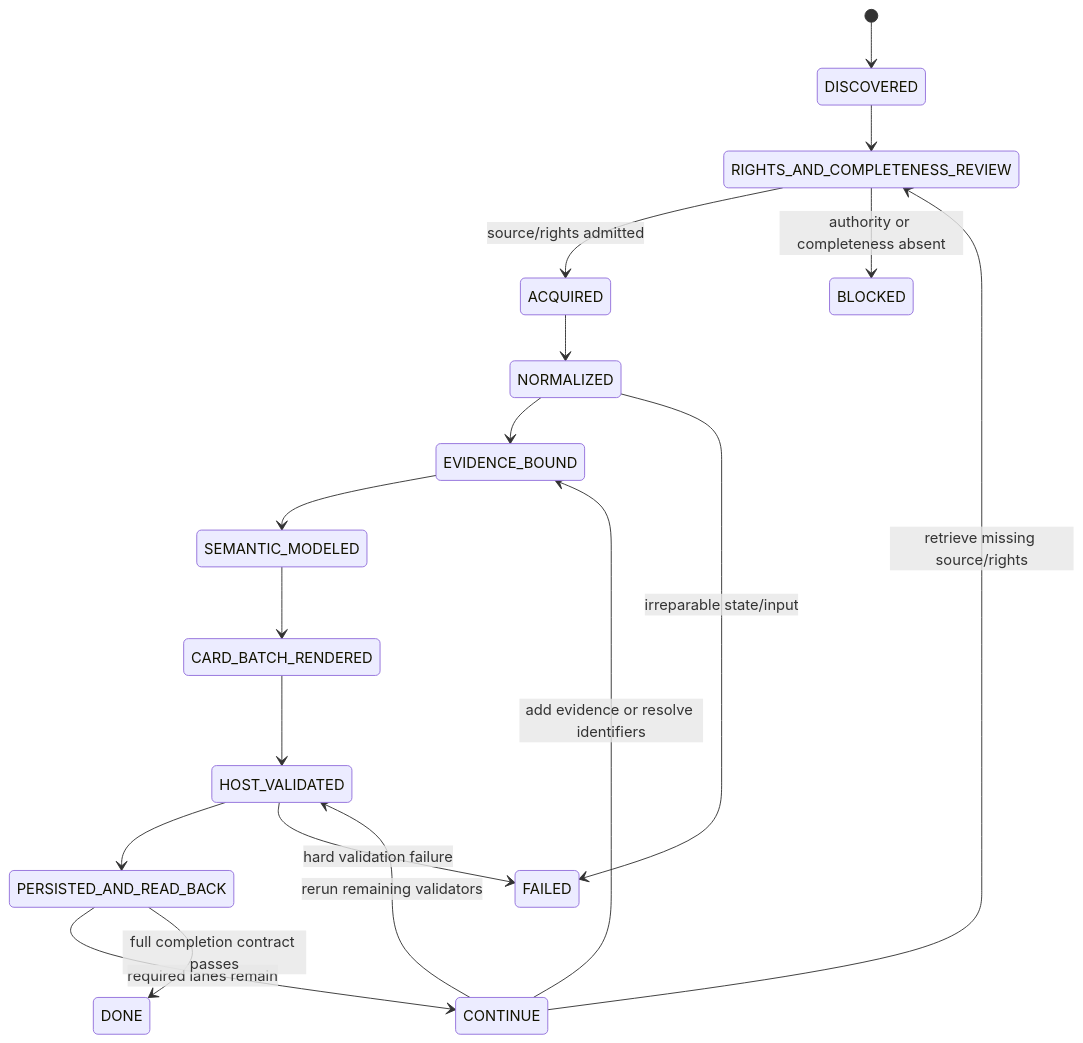
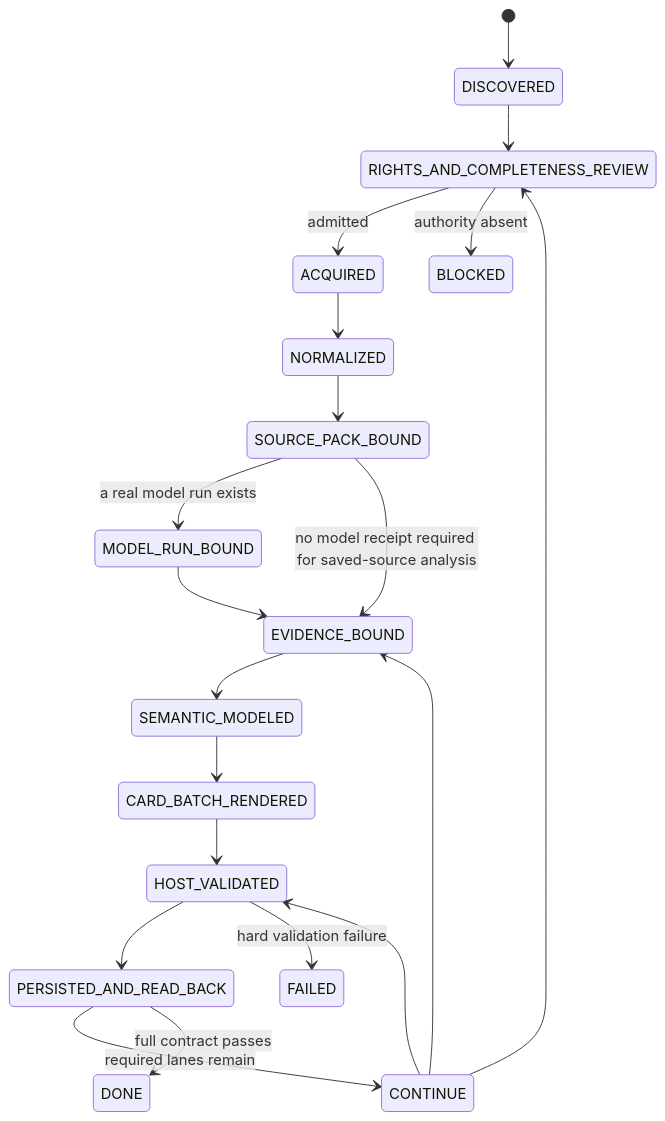
Before and after one commit to ed3c/ai-content-notes: the diagram in README.md, drawn with Mermaid. The commit also changed other lines of this file, not shown here.

````diff
--- a/README.md
+++ b/README.md
@@ -111,20 +104,22 @@
 ```mermaid
 stateDiagram-v2
     [*] --> DISCOVERED
     DISCOVERED --> RIGHTS_AND_COMPLETENESS_REVIEW
-    RIGHTS_AND_COMPLETENESS_REVIEW --> ACQUIRED: source/rights admitted
-    RIGHTS_AND_COMPLETENESS_REVIEW --> BLOCKED: authority or completeness absent
+    RIGHTS_AND_COMPLETENESS_REVIEW --> ACQUIRED: admitted
+    RIGHTS_AND_COMPLETENESS_REVIEW --> BLOCKED: authority absent
     ACQUIRED --> NORMALIZED
-    NORMALIZED --> EVIDENCE_BOUND
+    NORMALIZED --> SOURCE_PACK_BOUND
+    SOURCE_PACK_BOUND --> MODEL_RUN_BOUND: a real model run exists
+    SOURCE_PACK_BOUND --> EVIDENCE_BOUND: no model receipt required for saved-source analysis
+    MODEL_RUN_BOUND --> EVIDENCE_BOUND
     EVIDENCE_BOUND --> SEMANTIC_MODELED
     SEMANTIC_MODELED --> CARD_BATCH_RENDERED
     CARD_BATCH_RENDERED --> HOST_VALIDATED
     HOST_VALIDATED --> PERSISTED_AND_READ_BACK
     PERSISTED_AND_READ_BACK --> CONTINUE: required lanes remain
-    PERSISTED_AND_READ_BACK --> DONE: full completion contract passes
-    NORMALIZED --> FAILED: irreparable state/input
+    PERSISTED_AND_READ_BACK --> DONE: full contract passes
     HOST_VALIDATED --> FAILED: hard validation failure
-    CONTINUE --> RIGHTS_AND_COMPLETENESS_REVIEW: retrieve missing source/rights
-    CONTINUE --> EVIDENCE_BOUND: add evidence or resolve identifiers
-    CONTINUE --> HOST_VALIDATED: rerun remaining validators
+    CONTINUE --> RIGHTS_AND_COMPLETENESS_REVIEW
+    CONTINUE --> EVIDENCE_BOUND
+    CONTINUE --> HOST_VALIDATED
 ```
````
